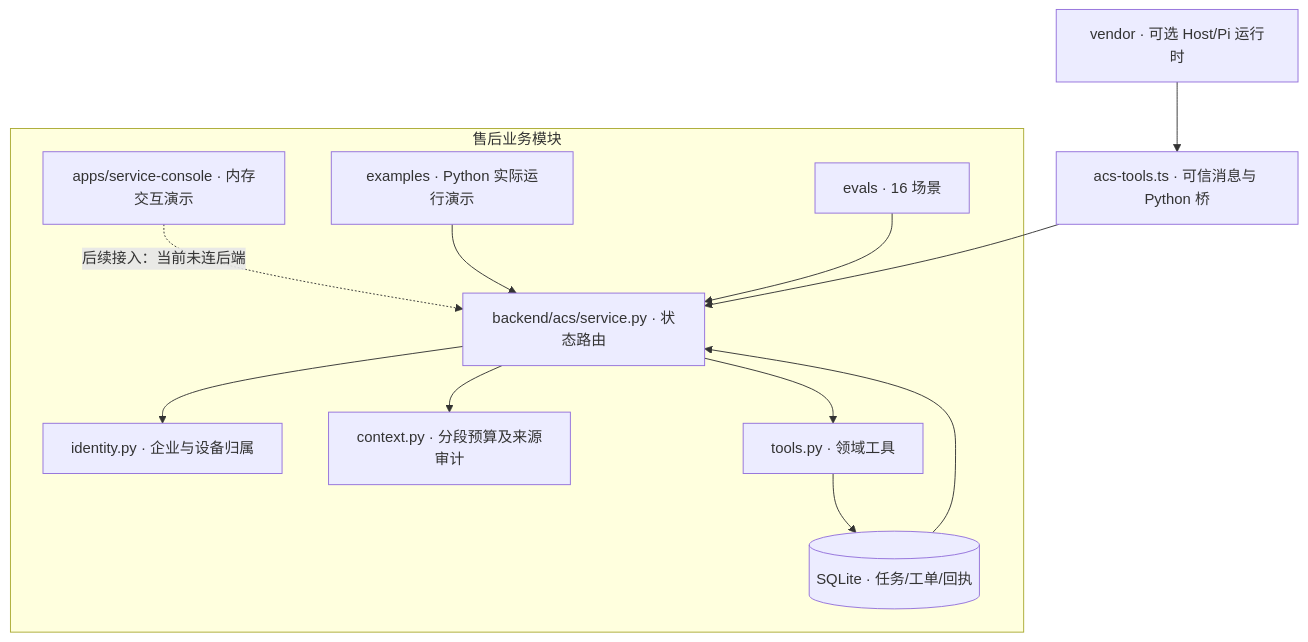
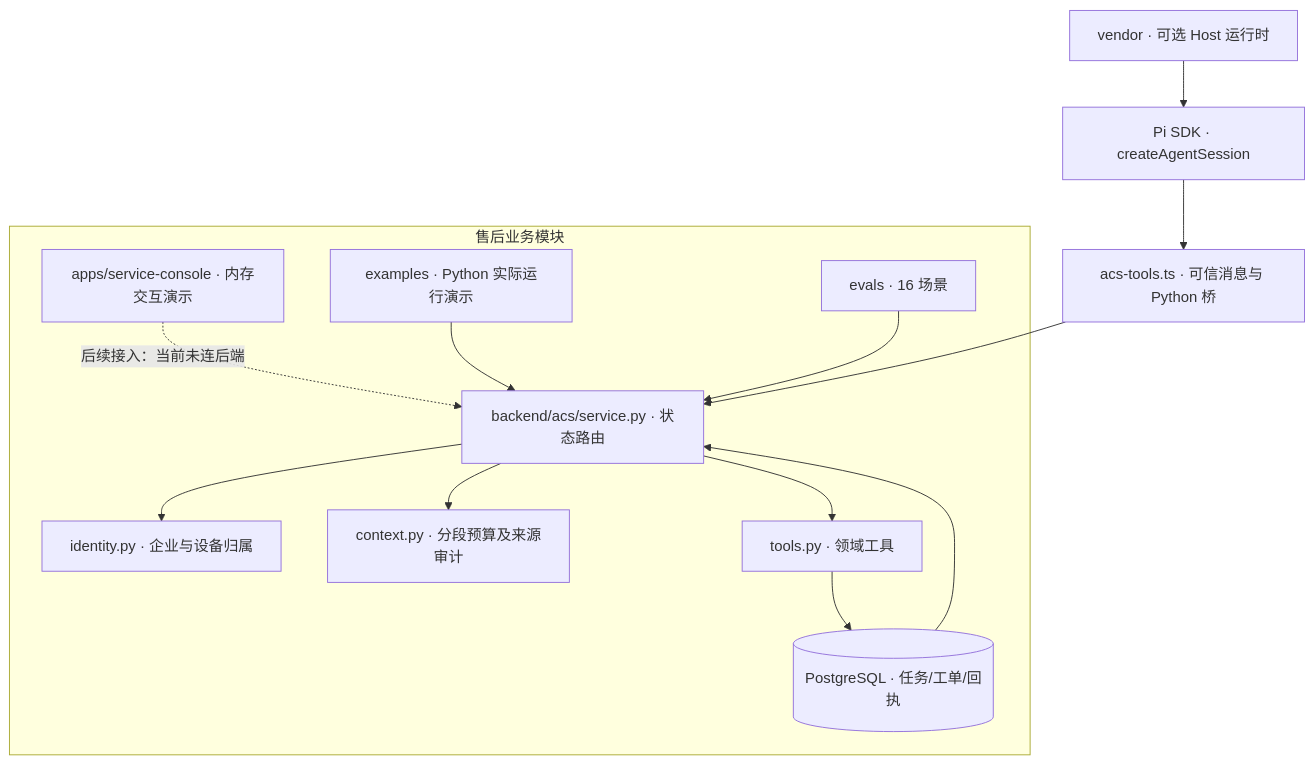
The diagram in docs/architecture.md (siye566/fengyun-service-agent), drawn with Mermaid before and after one commit. The commit also changed other lines of this file and 39 other files, not shown here.

Commit message:
Migrate service domain to PostgreSQL and document Pi SDK runtime

````diff
--- a/docs/architecture.md
+++ b/docs/architecture.md
@@ -7,23 +21,24 @@
 ```mermaid
 flowchart TB
     subgraph Product[售后业务模块]
       UI[apps/service-console · 内存交互演示]
       EX[examples · Python 实际运行演示]
       WF[backend/acs/service.py · 状态路由]
       ID[identity.py · 企业与设备归属]
       CT[context.py · 分段预算及来源审计]
       TL[tools.py · 领域工具]
-      DB[(SQLite · 任务/工单/回执)]
+      DB[(PostgreSQL · 任务/工单/回执)]
       EV[evals · 16 场景]
     end
     EX --> WF
     EV --> WF
     WF --> ID
     WF --> CT
     WF --> TL
     TL --> DB
     DB --> WF
-    RT[vendor · 可选 Host/Pi 运行时] --> BR[acs-tools.ts · 可信消息与 Python 桥]
+    RT[vendor · 可选 Host 运行时] --> PI[Pi SDK · createAgentSession]
+    PI --> BR[acs-tools.ts · 可信消息与 Python 桥]
     BR --> WF
     UI -. 后续接入：当前未连后端 .-> WF
 ```
````
